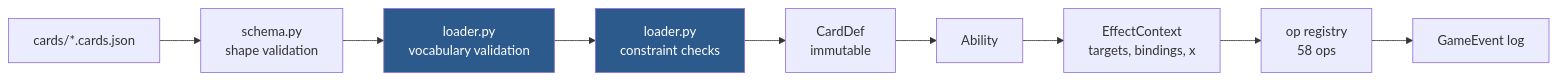
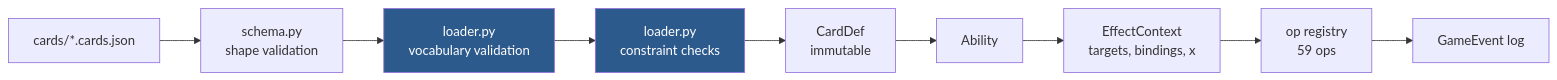
The diagram in docs/card-dsl.md (TylerGauntlett/commander-blitz), drawn with Mermaid before and after one commit. The commit also changed other lines of this file and 11 other files, not shown here.

````diff
--- a/docs/card-dsl.md
+++ b/docs/card-dsl.md
@@ -6,14 +6,14 @@
 ```mermaid
 flowchart LR
     json["cards/*.cards.json"] --> pydantic["schema.py<br/>shape validation"]
     pydantic --> vocab["loader.py<br/>vocabulary validation"]
     vocab --> constraints["loader.py<br/>constraint checks"]
     constraints --> carddef["CardDef<br/>immutable"]
     carddef --> ability["Ability"]
     ability --> ctx["EffectContext<br/>targets, bindings, x"]
-    ctx --> ops["op registry<br/>58 ops"]
+    ctx --> ops["op registry<br/>59 ops"]
     ops --> events["GameEvent log"]
 
     style vocab fill:#2d5a8c,color:#fff
     style constraints fill:#2d5a8c,color:#fff
 ```
````
